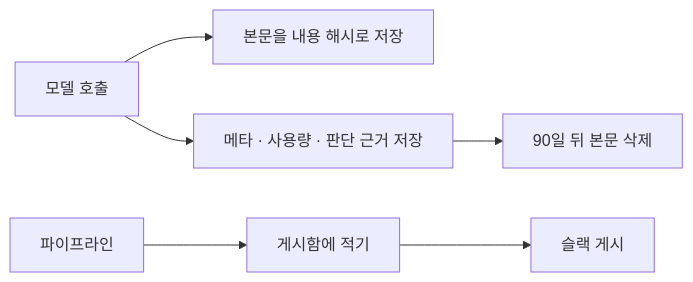
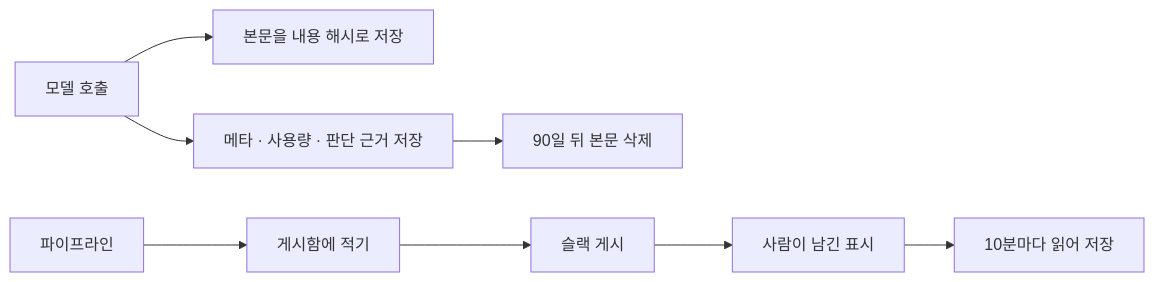
Before and after one commit to hyewon3938/random-ai-companion: the fifth of 5 diagrams in modules.md, drawn with Mermaid. The commit also changed other lines of this file and 8 other files, not shown here.

````diff
--- a/modules.md
+++ b/modules.md
@@ -108,8 +108,10 @@
 ```mermaid
 flowchart LR
     CALL["모델 호출"] --> BLOB["본문을 내용 해시로 저장"]
     CALL --> META["메타 · 사용량 · 판단 근거 저장"]
     META --> PRUNE["90일 뒤 본문 삭제"]
     PIPE["파이프라인"] --> BOX["게시함에 적기"]
     BOX --> SLACK["슬랙 게시"]
+    SLACK --> MARK["사람이 남긴 표시"]
+    MARK --> KEEP["10분마다 읽어 저장"]
 ```
````
